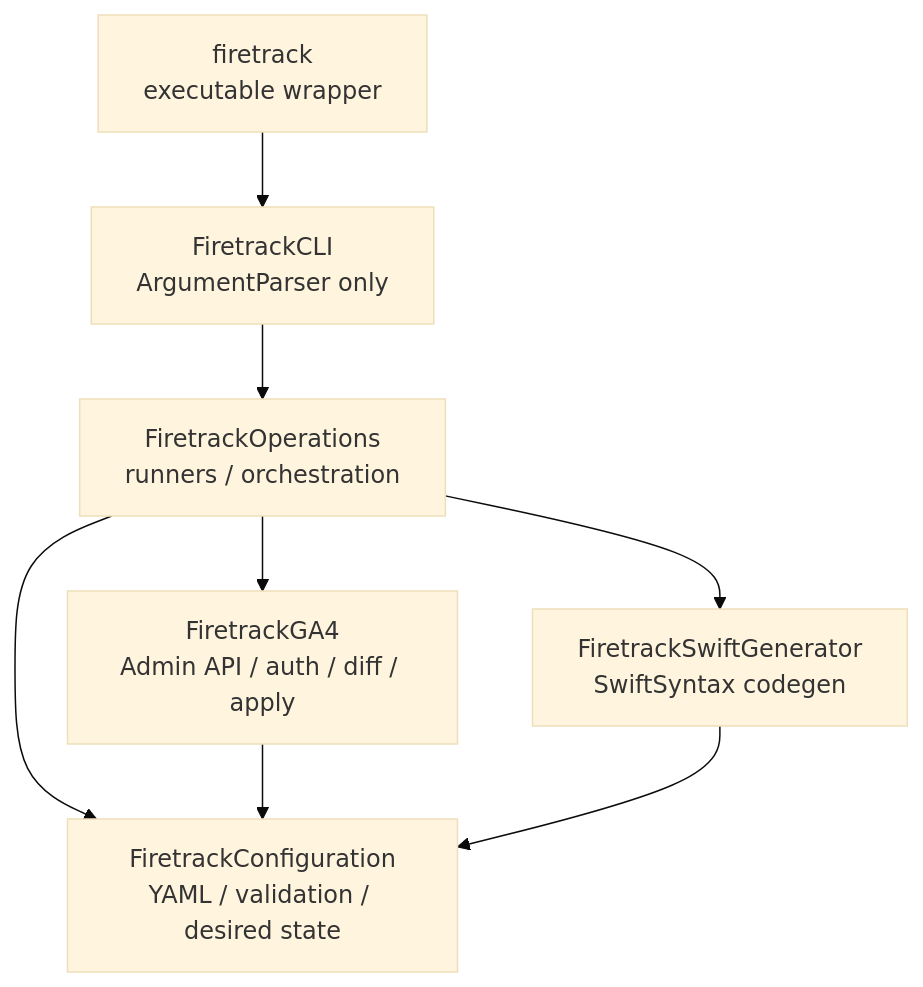
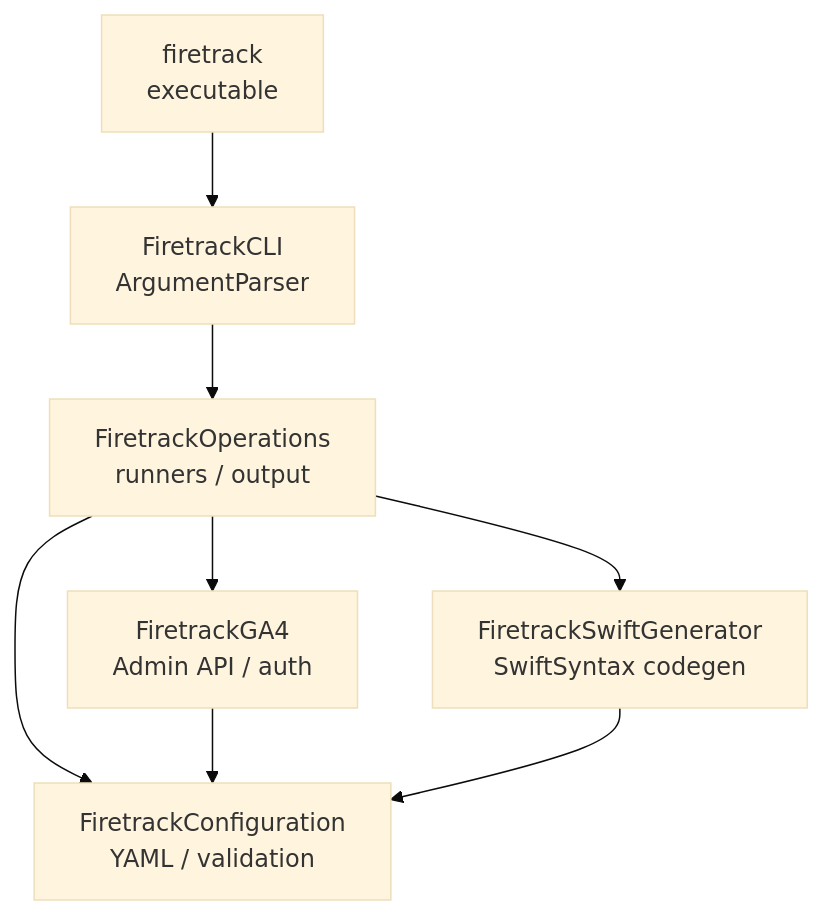
One commit to Ryu0118/Firetrack changed the diagram in README.md. Above: the diagram before and after it, drawn with Mermaid (base theme). The commit also changed other lines of this file and 1 other file, not shown here.

````diff
--- a/README.md
+++ b/README.md
@@ -7,17 +176,10 @@
 ```mermaid
 graph TD
-    Wrapper["firetrack<br/>executable wrapper"]
-    CLI["FiretrackCLI<br/>ArgumentParser only"]
-    Ops["FiretrackOperations<br/>runners / orchestration"]
-    Config["FiretrackConfiguration<br/>YAML / validation / desired state"]
-    GA4["FiretrackGA4<br/>Admin API / auth / diff / apply"]
-    Gen["FiretrackSwiftGenerator<br/>SwiftSyntax codegen"]
-
-    Wrapper --> CLI
-    CLI --> Ops
-    Ops --> Config
-    Ops --> GA4
-    Ops --> Gen
+    Wrapper["firetrack<br/>executable"] --> CLI["FiretrackCLI<br/>ArgumentParser"]
+    CLI --> Ops["FiretrackOperations<br/>runners / output"]
+    Ops --> Config["FiretrackConfiguration<br/>YAML / validation"]
+    Ops --> GA4["FiretrackGA4<br/>Admin API / auth"]
+    Ops --> Gen["FiretrackSwiftGenerator<br/>SwiftSyntax codegen"]
     GA4 --> Config
     Gen --> Config
 ```
````
